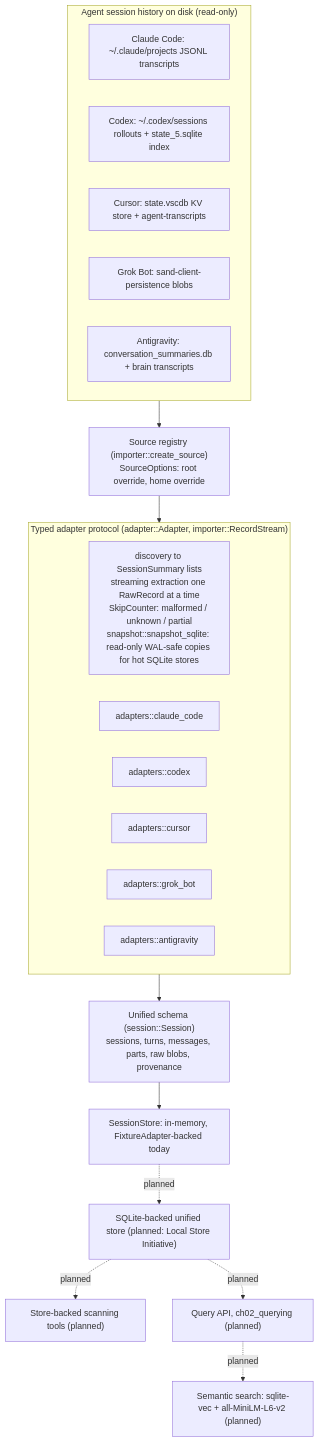
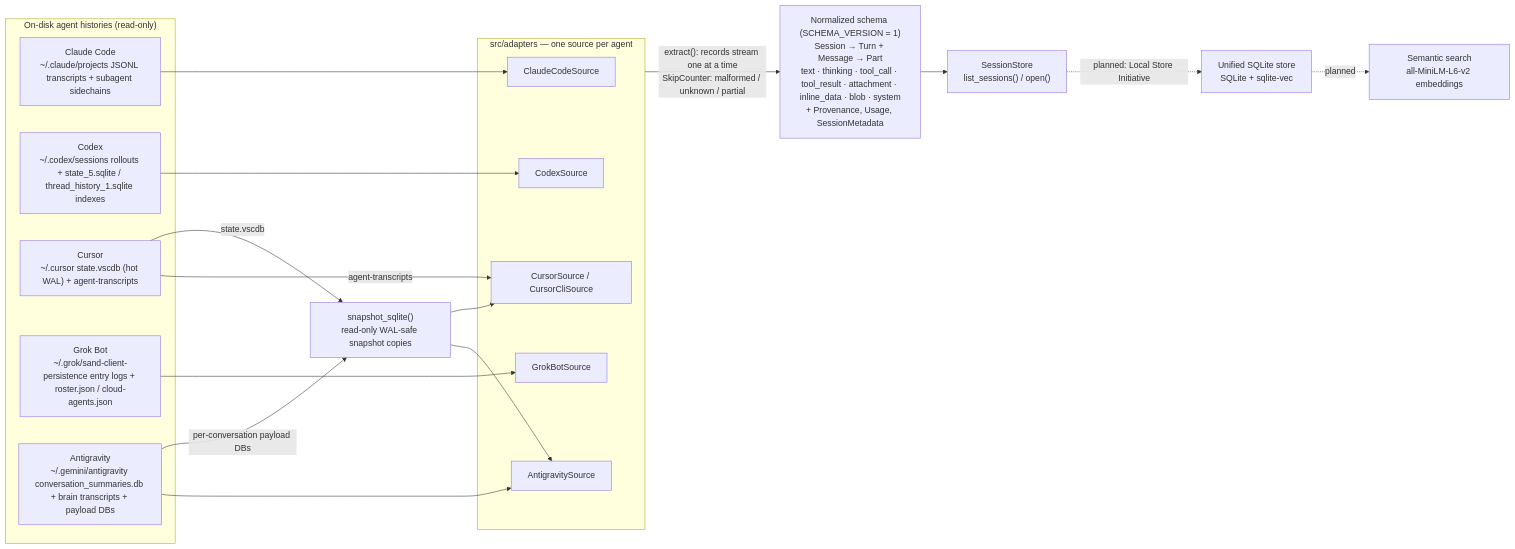
Before and after one commit to AnthusAI/BotSpy: the first of 4 diagrams in README.md, drawn with Mermaid. The commit also changed other lines of this file and 1 other file, not shown here.

````diff
--- a/README.md
+++ b/README.md
@@ -9,36 +43,35 @@
 ```mermaid
-flowchart TB
-    subgraph disk["Agent session history on disk (read-only)"]
-        CC["Claude Code: ~/.claude/projects JSONL transcripts"]
-        CX["Codex: ~/.codex/sessions rollouts + state_5.sqlite index"]
-        CU["Cursor: state.vscdb KV store + agent-transcripts"]
-        GB["Grok Bot: sand-client-persistence blobs"]
-        AG["Antigravity: conversation_summaries.db + brain transcripts"]
+flowchart LR
+    subgraph SOURCES["On-disk agent histories (read-only)"]
+        CC["Claude Code<br/>~/.claude/projects JSONL transcripts + subagent sidechains"]
+        CX["Codex<br/>~/.codex/sessions rollouts + state_5.sqlite / thread_history_1.sqlite indexes"]
+        CU["Cursor<br/>~/.cursor state.vscdb (hot WAL) + agent-transcripts"]
+        GB["Grok Bot<br/>~/.grok/sand-client-persistence entry logs + roster.json / cloud-agents.json"]
+        AG["Antigravity<br/>~/.gemini/antigravity conversation_summaries.db + brain transcripts + payload DBs"]
     end
 
-    REG["Source registry (importer::create_source)<br/>SourceOptions: root override, home override"]
+    SNAP["snapshot_sqlite()<br/>read-only WAL-safe snapshot copies"]
+    CU -->|"state.vscdb"| SNAP
+    AG -->|"per-conversation payload DBs"| SNAP
 
-    subgraph layer["Typed adapter protocol (adapter::Adapter, importer::RecordStream)"]
-        PROTO["discovery to SessionSummary lists<br/>streaming extraction one RawRecord at a time<br/>SkipCounter: malformed / unknown / partial<br/>snapshot::snapshot_sqlite: read-only WAL-safe copies for hot SQLite stores"]
-        A1["adapters::claude_code"]
-        A2["adapters::codex"]
-        A3["adapters::cursor"]
-        A4["adapters::grok_bot"]
-        A5["adapters::antigravity"]
+    subgraph ADAPTERS["src/adapters — one source per agent"]
+        CLA["ClaudeCodeSource"]
+        CUR["CursorSource / CursorCliSource"]
+        COD["CodexSource"]
+        GRK["GrokBotSource"]
+        ANT["AntigravitySource"]
     end
 
-    SCHEMA["Unified schema (session::Session)<br/>sessions, turns, messages, parts, raw blobs, provenance"]
-    STORE["SessionStore: in-memory, FixtureAdapter-backed today"]
-    QSTORE["SQLite-backed unified store (planned: Local Store Initiative)"]
-    SCAN["Store-backed scanning tools (planned)"]
-    QUERY["Query API, ch02_querying (planned)"]
-    SEM["Semantic search: sqlite-vec + all-MiniLM-L6-v2 (planned)"]
+    CC --> CLA
+    SNAP --> CUR
+    CU -->|"agent-transcripts"| CUR
+    CX --> COD
+    GB --> GRK
+    AG --> ANT
+    SNAP --> ANT
 
-    disk --> REG
-    REG --> layer
-    layer --> SCHEMA --> STORE
-    STORE -.->|"planned"| QSTORE
-    QSTORE -.->|"planned"| SCAN
-    QSTORE -.->|"planned"| QUERY
-    QUERY -.->|"planned"| SEM
+    ADAPTERS -->|"extract(): records stream one at a time<br/>SkipCounter: malformed / unknown / partial"| SCHEMA["Normalized schema (SCHEMA_VERSION = 1)<br/>Session → Turn + Message → Part<br/>text · thinking · tool_call · tool_result · attachment · inline_data · blob · system<br/>+ Provenance, Usage, SessionMetadata"]
+    SCHEMA --> STORE["SessionStore<br/>list_sessions() / open()"]
+    STORE -.->|"planned: Local Store Initiative"| UNIFIED["Unified SQLite store<br/>SQLite + sqlite-vec"]
+    UNIFIED -.->|"planned"| SEM["Semantic search<br/>all-MiniLM-L6-v2 embeddings"]
 ```
````
